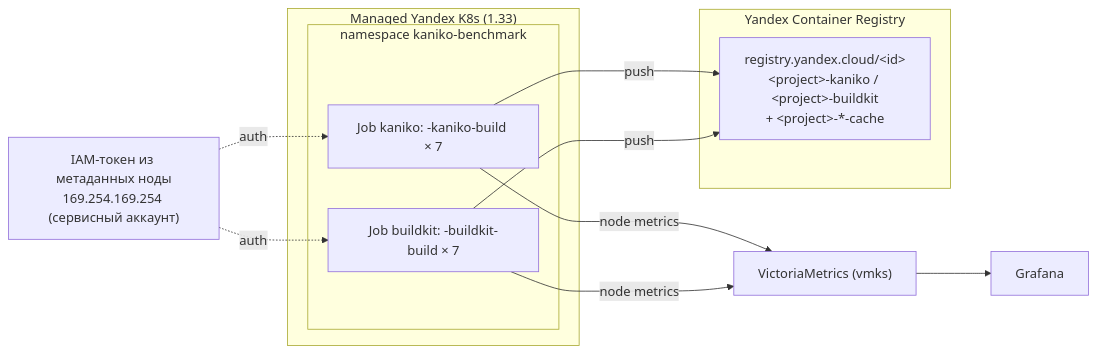
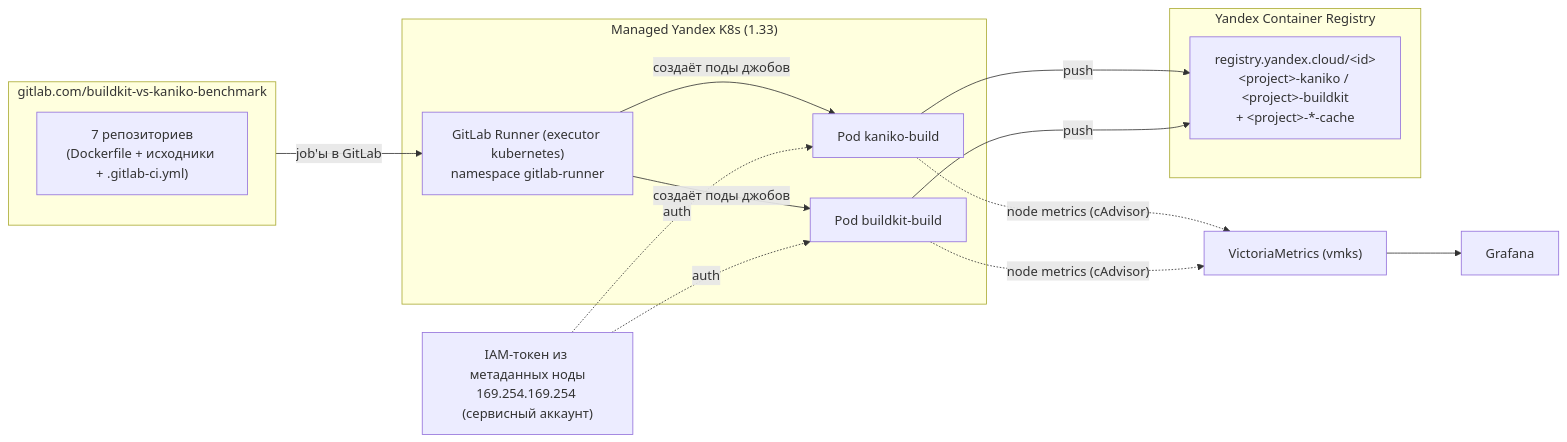
One commit to patsevanton/buildkit-vs-kaniko-benchmark changed the diagram in README.md. Above: the diagram before and after it, drawn with Mermaid. The commit also changed other lines of this file and 53 other files, not shown here.

Commit message:
перевод бенчмарка на GitLab Runner

````diff
--- a/README.md
+++ b/README.md
@@ -40,27 +49,31 @@
 ```mermaid
 flowchart LR
+    subgraph GL["gitlab.com/buildkit-vs-kaniko-benchmark"]
+        P1["7 репозиториев<br/>(Dockerfile + исходники + .gitlab-ci.yml)"]
+    end
+
     subgraph K8s["Managed Yandex K8s (1.33)"]
-        F1["Job kaniko: <project>-kaniko-build × 7"]
-        F2["Job buildkit: <project>-buildkit-build × 7"]
-        subgraph NS["namespace kaniko-benchmark"]
-            F1
-            F2
-        end
+        R["GitLab Runner (executor kubernetes)<br/>namespace gitlab-runner"]
+        K["Pod kaniko-build"]
+        B["Pod buildkit-build"]
+        R -->|"создаёт поды джобов"| K
+        R -->|"создаёт поды джобов"| B
     end
 
     subgraph YCR["Yandex Container Registry"]
-        R["registry.yandex.cloud/&lt;id&gt;<br/>&lt;project&gt;-kaniko / &lt;project&gt;-buildkit<br/>+ &lt;project&gt;-*-cache"]
+        REG["registry.yandex.cloud/&lt;id&gt;<br/>&lt;project&gt;-kaniko / &lt;project&gt;-buildkit<br/>+ &lt;project&gt;-*-cache"]
     end
 
     MET["IAM-токен из метаданных ноды<br/>169.254.169.254 (сервисный аккаунт)"]
     VM["VictoriaMetrics (vmks)"]
     G["Grafana"]
 
-    F1 -->|"push"| R
-    F2 -->|"push"| R
-    MET -.->|"auth"| F1
-    MET -.->|"auth"| F2
-    F1 -->|"node metrics"| VM
-    F2 -->|"node metrics"| VM
+    GL -->|"job'ы в GitLab"| R
+    K -->|"push"| REG
+    B -->|"push"| REG
+    MET -.->|"auth"| K
+    MET -.->|"auth"| B
+    K -.->|"node metrics (cAdvisor)"| VM
+    B -.->|"node metrics (cAdvisor)"| VM
     VM --> G
 ```
````
